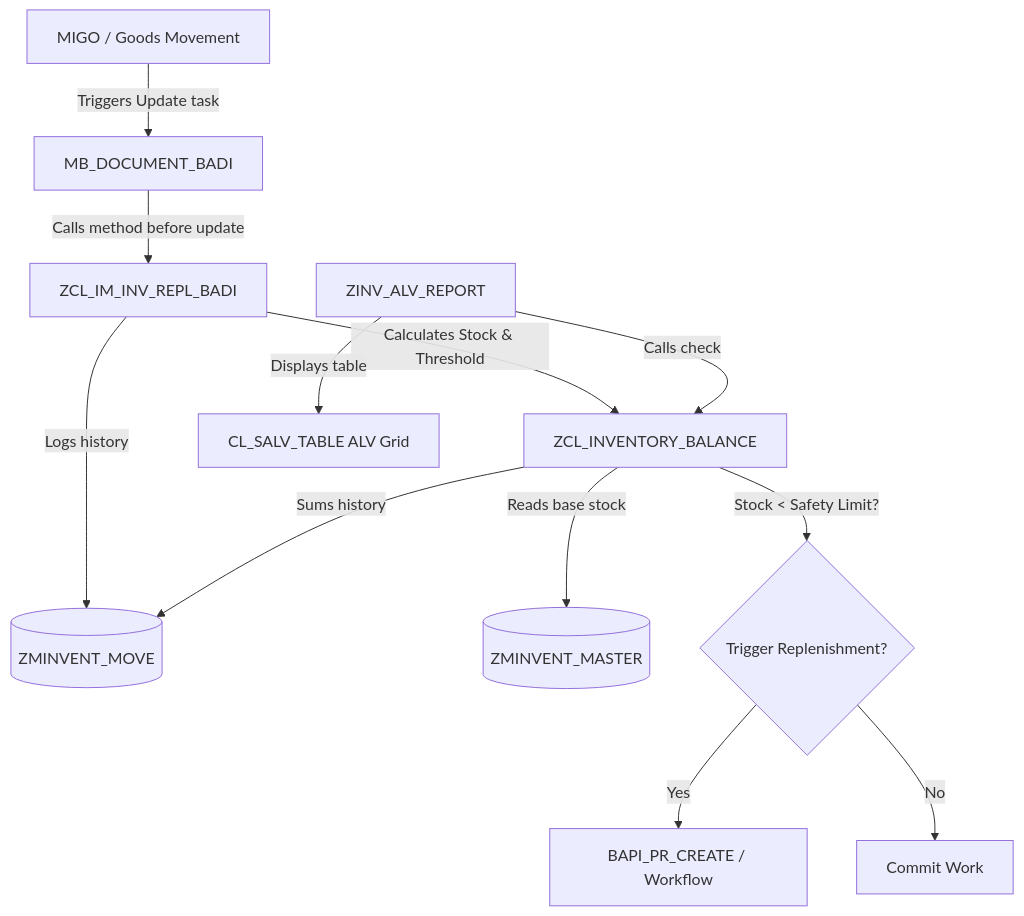
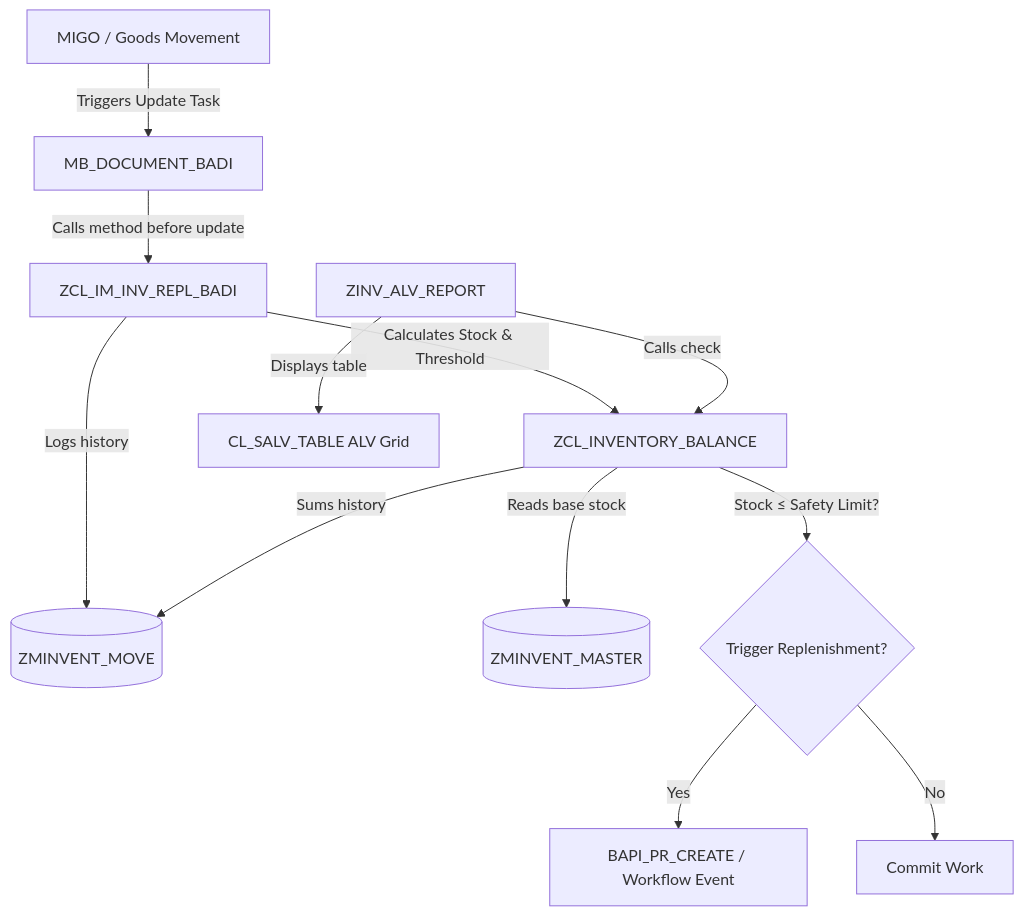
The diagram in README.md (aaryan4747/sap-custom-inventory-management), drawn with Mermaid before and after one commit. The commit also changed other lines of this file and 1 other file, not shown here.

````diff
--- a/README.md
+++ b/README.md
@@ -15,15 +39,15 @@
 ```mermaid
 graph TD
-    A[MIGO / Goods Movement] -->|Triggers Update task| B[MB_DOCUMENT_BADI]
+    A[MIGO / Goods Movement] -->|Triggers Update Task| B[MB_DOCUMENT_BADI]
     B -->|Calls method before update| C[ZCL_IM_INV_REPL_BADI]
     C -->|Logs history| D[(ZMINVENT_MOVE)]
     C -->|Calculates Stock & Threshold| E[ZCL_INVENTORY_BALANCE]
     E -->|Reads base stock| F[(ZMINVENT_MASTER)]
     E -->|Sums history| D
-    E -->|Stock < Safety Limit?| G{Trigger Replenishment?}
-    G -->|Yes| H[BAPI_PR_CREATE / Workflow]
+    E -->|Stock &le; Safety Limit?| G{Trigger Replenishment?}
+    G -->|Yes| H[BAPI_PR_CREATE / Workflow Event]
     G -->|No| I[Commit Work]
     
     J[ZINV_ALV_REPORT] -->|Calls check| E
     J -->|Displays table| K[CL_SALV_TABLE ALV Grid]
 ```
````
